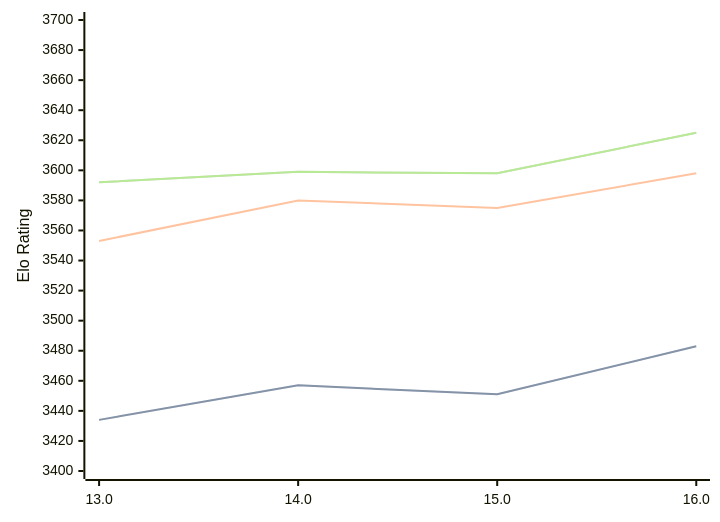
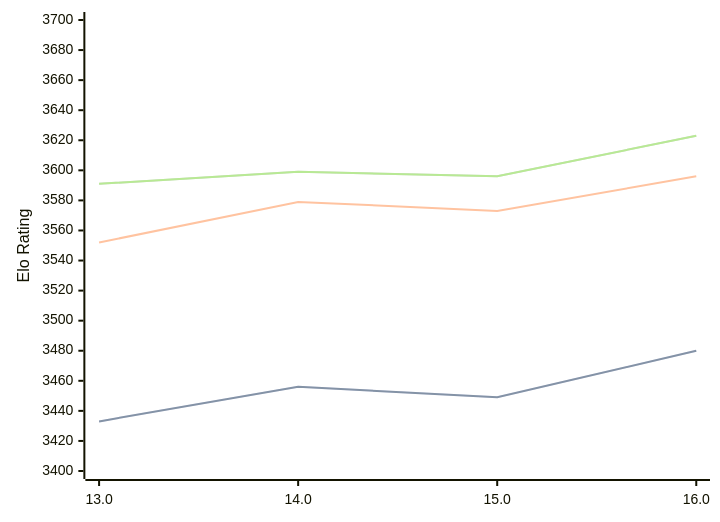
Before and after one commit to computer-chess-index/cci: the diagram in engines/Obsidian.md, drawn with Mermaid. The commit also changed other lines of this file, not shown here.

Commit message:
Update CCI Ratings (ELO VLTC) - 2026-03-07

````diff
--- a/engines/Obsidian.md
+++ b/engines/Obsidian.md
@@ -41,11 +41,11 @@
 ```mermaid
 %%{init: {"theme":"base","themeVariables":{"seriesColors:['#a3a3a3','#222221','#faa371']}}}%%
 xychart-beta
   x-axis ["13.0", "14.0", "15.0", "16.0"]
   y-axis "Elo Rating" 3400 --> 3700
-  line "STC (8.0+0.08s)" [3434, 3457, 3451, 3483]
-  line "STC (8.0+0.08s)" [3434, 3457, 3451, 3483]
-  line "LTC (60.0+0.60s)" [3553, 3580, 3575, 3598]
-  line "VLTC (2m24s+1.12s)" [3592, 3599, 3598, 3625]
-  line "VLTC (2m24s+1.12s)" [3592, 3599, 3598, 3625]
+  line "STC (8.0+0.08s)" [3433, 3456, 3449, 3480]
+  line "STC (8.0+0.08s)" [3433, 3456, 3449, 3480]
+  line "LTC (60.0+0.60s)" [3552, 3579, 3573, 3596]
+  line "VLTC (2m24s+1.12s)" [3591, 3599, 3596, 3623]
+  line "VLTC (2m24s+1.12s)" [3591, 3599, 3596, 3623]
 ```
````
